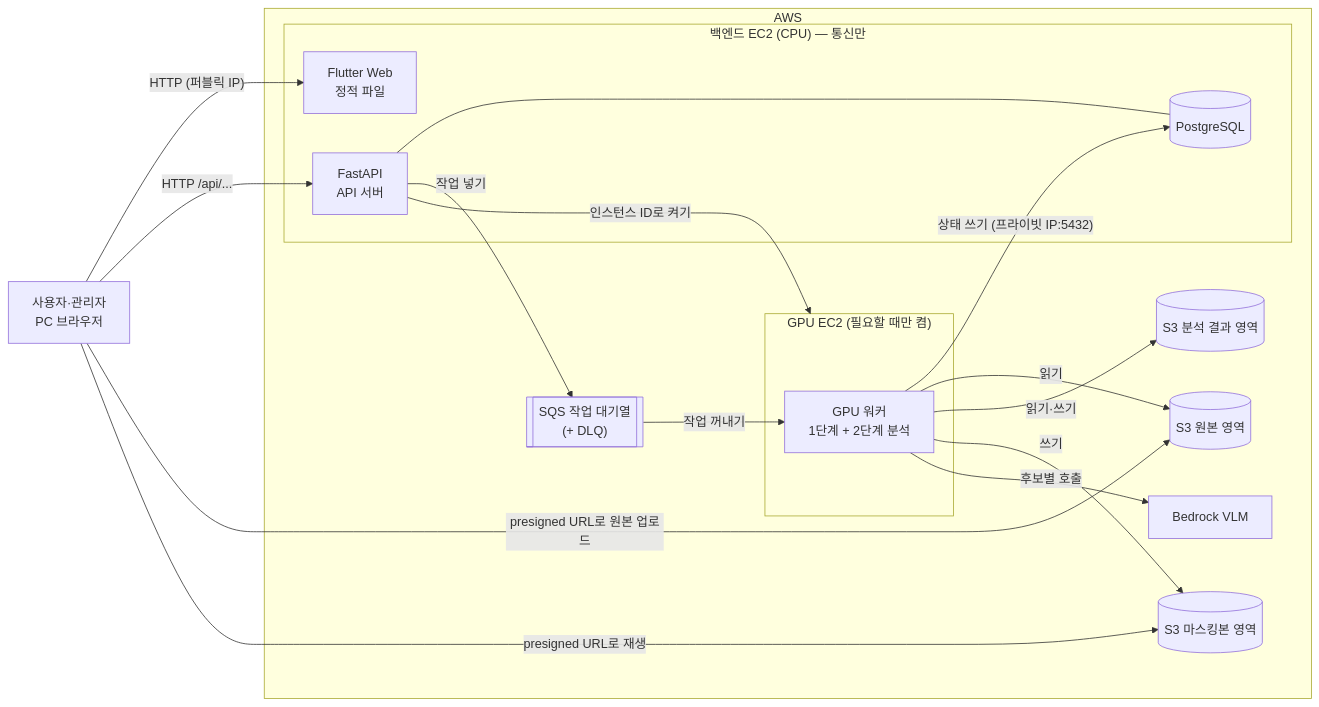
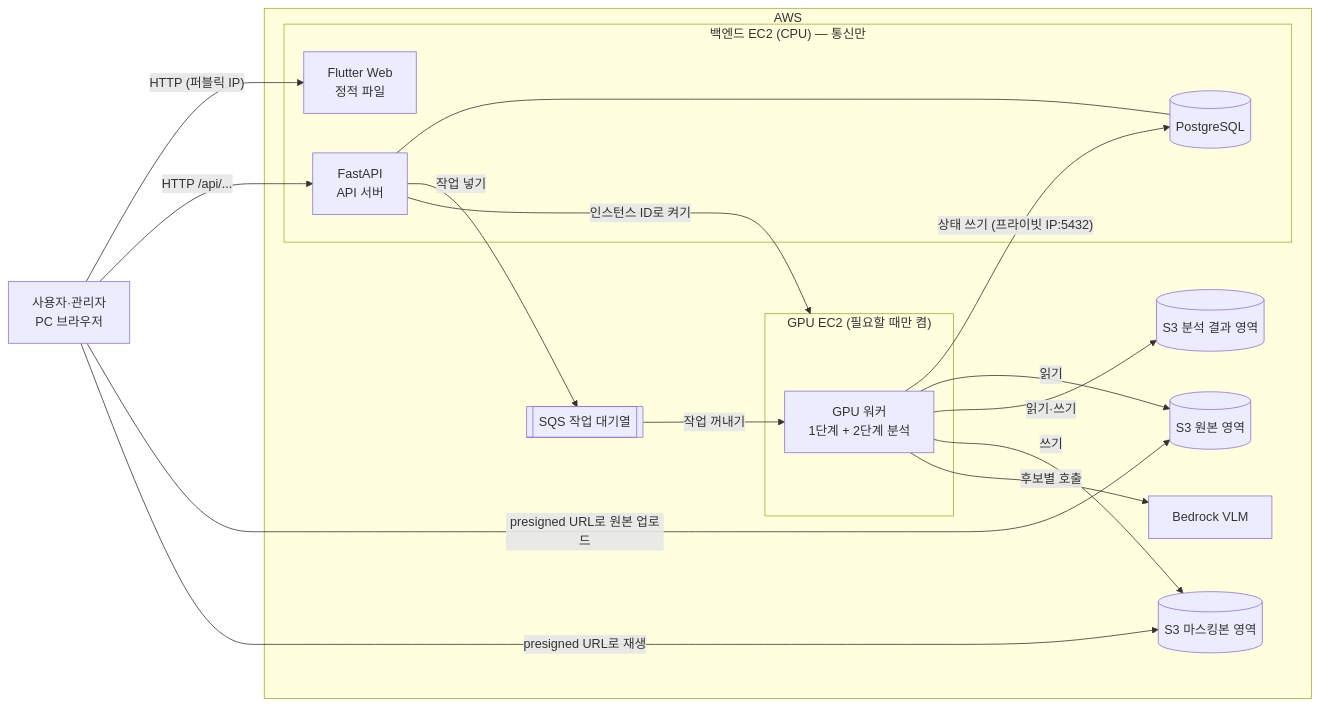
One commit to lG1l/parking_lot_detection changed the diagram in docs/design/02-architecture.md. Above: the diagram before and after it, drawn with Mermaid. The commit also changed other lines of this file and 9 other files, not shown here.

````diff
--- a/docs/design/02-architecture.md
+++ b/docs/design/02-architecture.md
@@ -32,34 +32,34 @@
 ```mermaid
 flowchart LR
   USER["사용자·관리자<br/>PC 브라우저"]
 
   subgraph AWS
     subgraph BE["백엔드 EC2 (CPU) — 통신만"]
       WEB["Flutter Web<br/>정적 파일"]
       API["FastAPI<br/>API 서버"]
       DB[("PostgreSQL")]
     end
-    Q[["SQS 작업 대기열<br/>(+ DLQ)"]]
+    Q[["SQS 작업 대기열"]]
     subgraph GPUBOX["GPU EC2 (필요할 때만 켬)"]
       WORKER["GPU 워커<br/>1단계 + 2단계 분석"]
     end
     S3O[("S3 원본 영역")]
     S3M[("S3 마스킹본 영역")]
     S3A[("S3 분석 결과 영역")]
     BR["Bedrock VLM"]
   end
 
   USER -->|"HTTP (퍼블릭 IP)"| WEB
   USER -->|"HTTP /api/..."| API
   USER -->|"presigned URL로 원본 업로드"| S3O
   USER -->|"presigned URL로 재생"| S3M
   API --- DB
   API -->|"작업 넣기"| Q
   API -->|"인스턴스 ID로 켜기"| GPUBOX
   Q -->|"작업 꺼내기"| WORKER
   WORKER -->|"상태 쓰기 (프라이빗 IP:5432)"| DB
   WORKER -->|"읽기"| S3O
   WORKER -->|"읽기·쓰기"| S3A
   WORKER -->|"쓰기"| S3M
   WORKER -->|"후보별 호출"| BR
 ```
````
